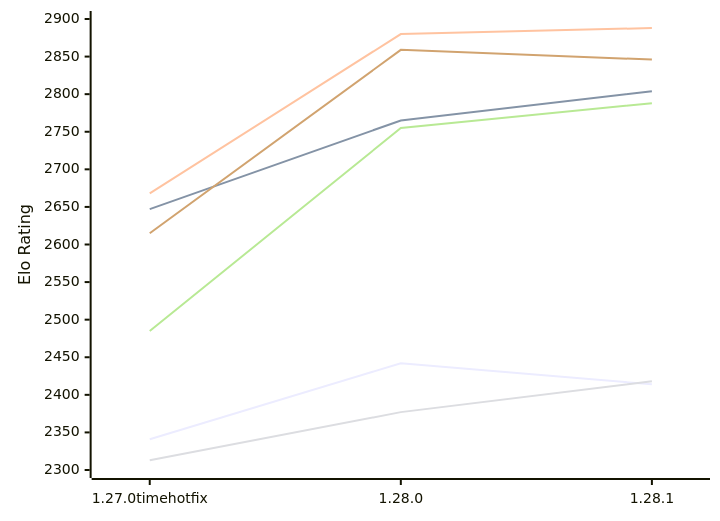
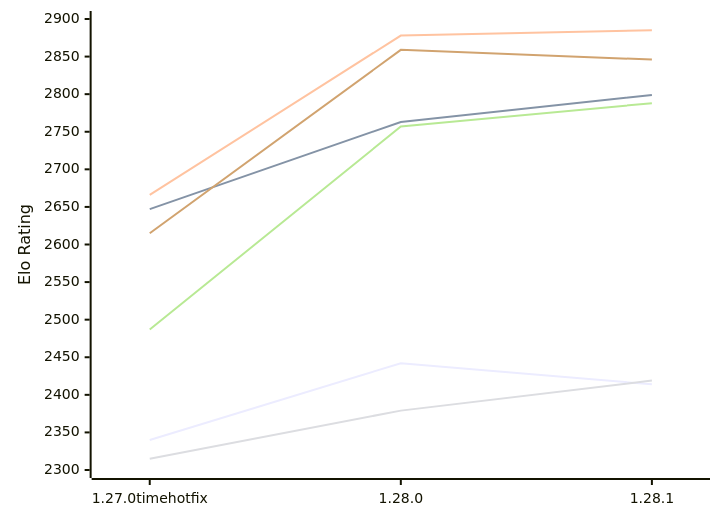
One commit to computer-chess-index/cci changed the first of 2 diagrams in engines/Aurora.md. Above: the diagram before and after it, drawn with Mermaid. The commit also changed other lines of this file, not shown here.

Commit message:
Update CCI Ratings (ELO VLTC) - 2026-11-28

````diff
--- a/engines/Aurora.md
+++ b/engines/Aurora.md
@@ -52,12 +52,12 @@
 ```mermaid
 %%{init: {"theme":"base","themeVariables":{"seriesColors:['#a3a3a3','#222221','#faa371']}}}%%
 xychart-beta
   x-axis ["1.27.0timehotfix", "1.28.0", "1.28.1"]
   y-axis "Elo Rating" 2300 --> 2900
-  line "E1: STC (8.0+0.08s)" [2341, 2442, 2414]
-  line "E1: LTC (60.0+0.60s)" [2647, 2765, 2804]
-  line "E1: VLTC (2m24s+1.12s)" [2668, 2880, 2888]
-  line "P1: STC (8.0+0.08s)" [2313, 2377, 2418]
-  line "P1: LTC (60.0+0.60s)" [2485, 2755, 2788]
+  line "E1: STC (8.0+0.08s)" [2340, 2442, 2414]
+  line "E1: LTC (60.0+0.60s)" [2647, 2763, 2799]
+  line "E1: VLTC (2m24s+1.12s)" [2666, 2878, 2885]
+  line "P1: STC (8.0+0.08s)" [2315, 2379, 2419]
+  line "P1: LTC (60.0+0.60s)" [2487, 2757, 2788]
   line "P1: VLTC (2m24s+1.12s)" [2615, 2859, 2846]
 ```
````
